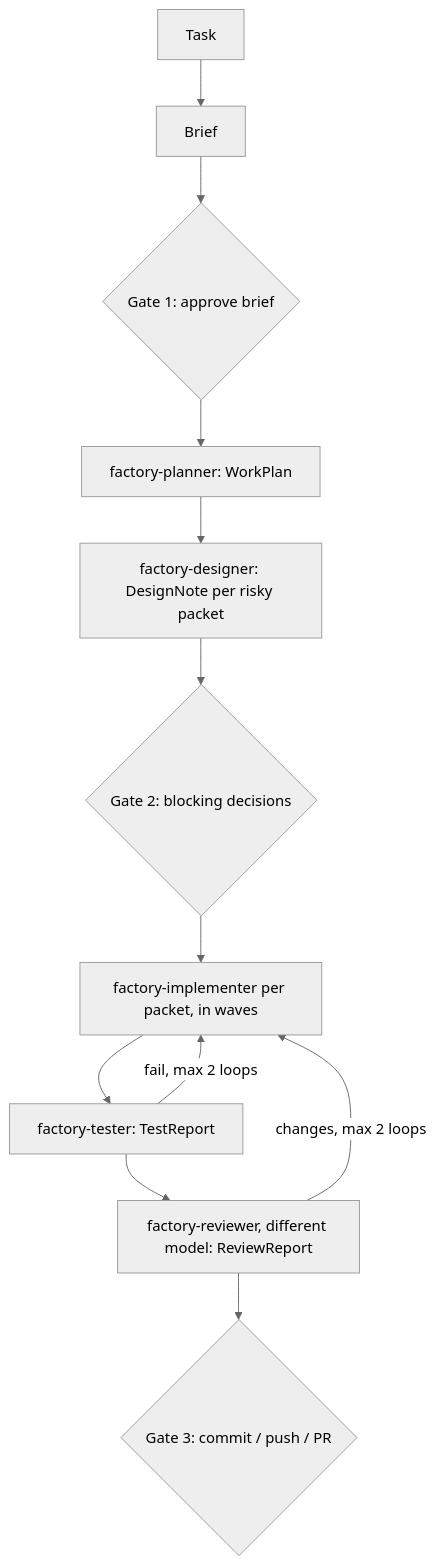
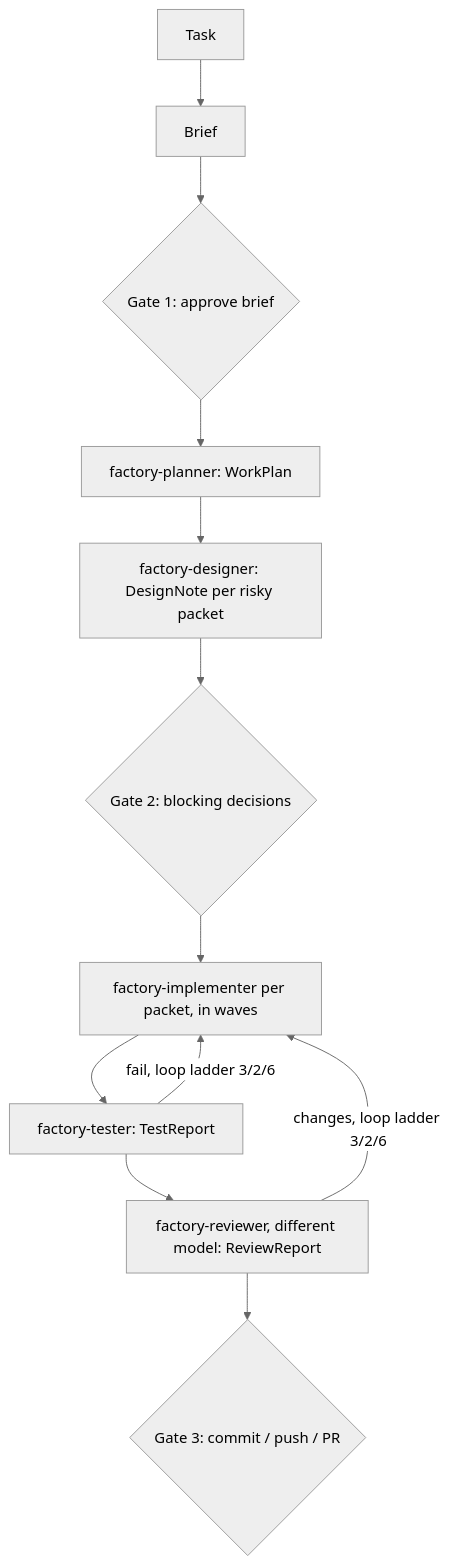
The diagram in README.md (earaya/omp-factory), drawn with Mermaid (neutral theme) before and after one commit. The commit also changed other lines of this file and 2 other files, not shown here.

Commit message:
feat: tiered fix budgets, coordinator discipline rules, and recipe regression tests

````diff
--- a/README.md
+++ b/README.md
@@ -5,13 +5,13 @@
 ```mermaid
 flowchart TD
   U[Task] --> B[Brief] --> G1{Gate 1: approve brief}
   G1 --> P[factory-planner: WorkPlan]
   P --> D[factory-designer: DesignNote per risky packet]
   D --> G2{Gate 2: blocking decisions}
   G2 --> I[factory-implementer per packet, in waves]
   I --> T[factory-tester: TestReport]
-  T -->|fail, max 2 loops| I
+  T -->|fail, loop ladder 3/2/6| I
   T --> R[factory-reviewer, different model: ReviewReport]
-  R -->|changes, max 2 loops| I
+  R -->|changes, loop ladder 3/2/6| I
   R --> G3{Gate 3: commit / push / PR}
 ```
````
